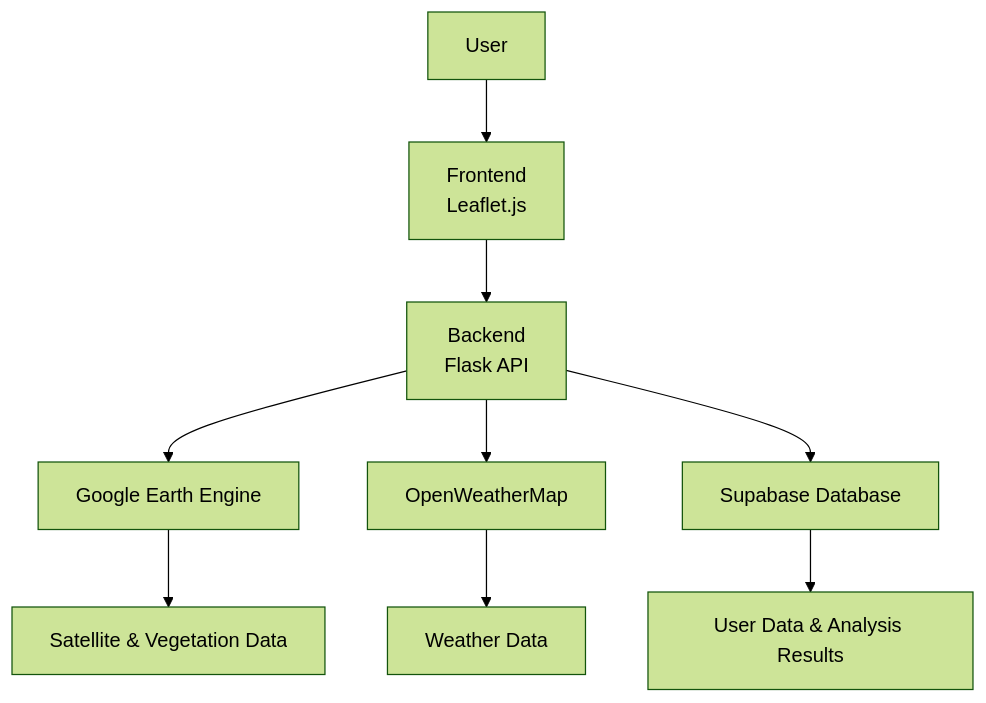
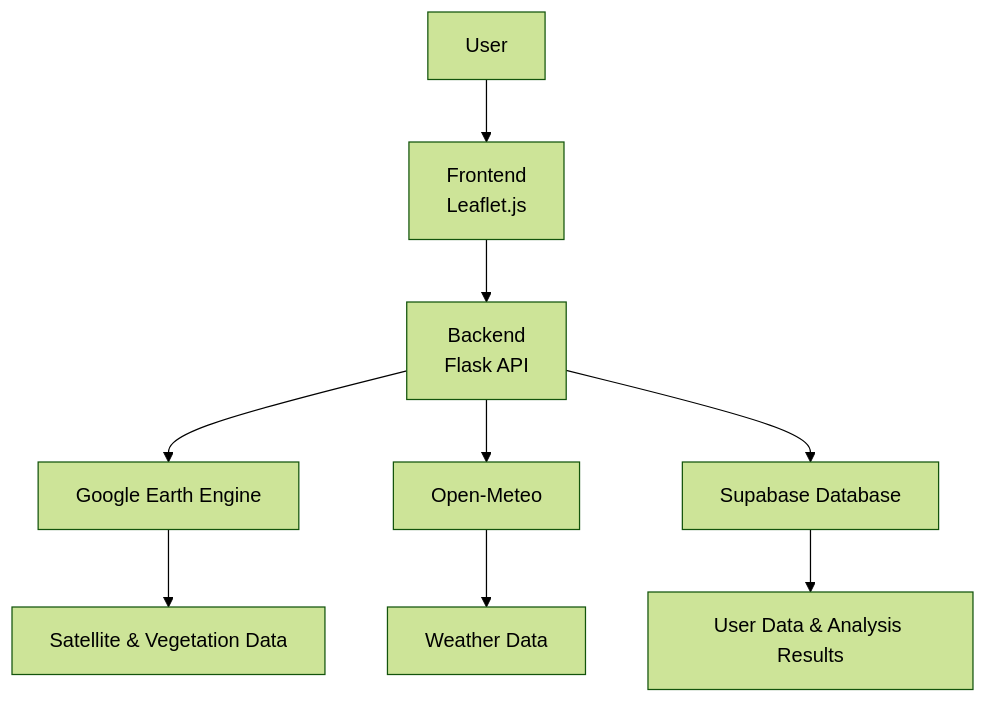
Before and after one commit to Phitah02/LandCare-AI: the diagram in README.md, drawn with Mermaid (forest theme). The commit also changed other lines of this file and 4 other files, not shown here.

First line of the commit message:
Update codebase from OpenWeather API to Open-Meteo’s free tier APIs

````diff
--- a/README.md
+++ b/README.md
@@ -59,11 +59,11 @@
 ```mermaid
 graph TD
     A[User] --> B[Frontend<br/>Leaflet.js]
     B --> C[Backend<br/>Flask API]
     C --> D[Google Earth Engine]
-    C --> E[OpenWeatherMap]
+    C --> E[Open-Meteo]
     C --> F[Supabase Database]
     D --> G[Satellite & Vegetation Data]
     E --> H[Weather Data]
     F --> I[User Data & Analysis Results]
 ```
````
